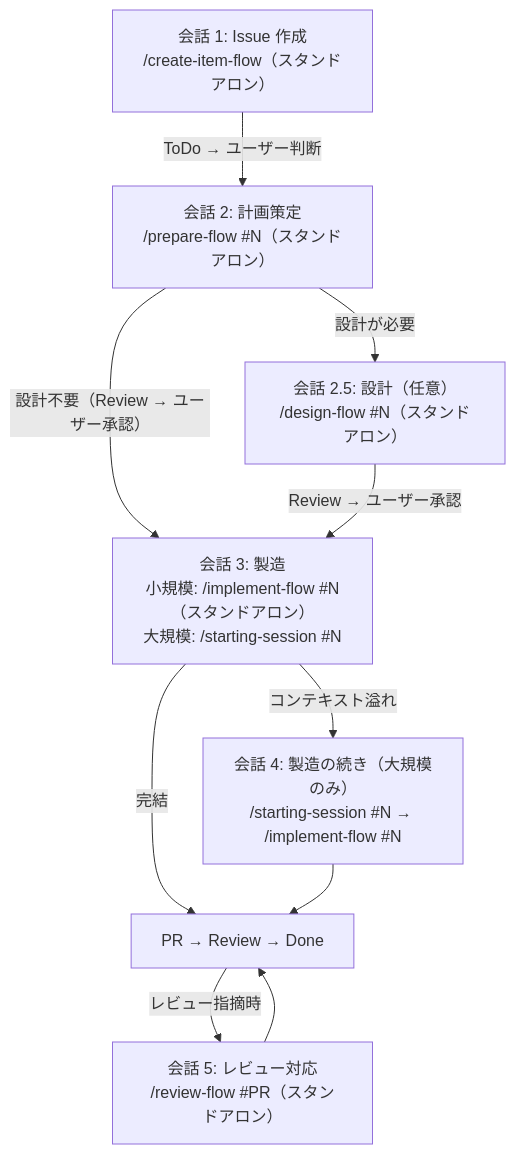
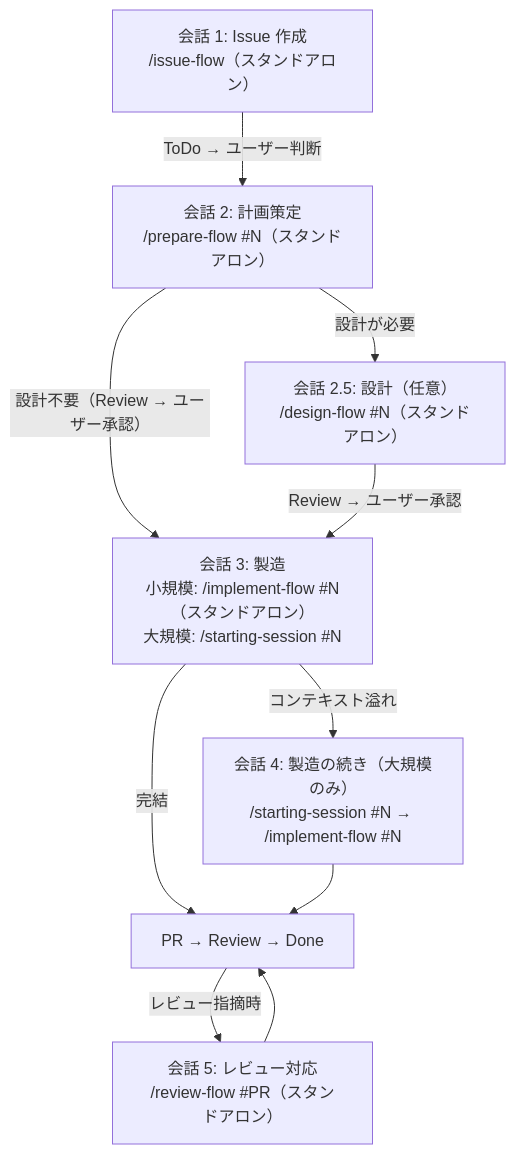
Before and after one commit to ShirokumaDevelopment/shirokuma-plugins: the first of 2 diagrams in shirokuma-skills-ja/skills/implement-flow/reference/workflow-details.md, drawn with Mermaid. The commit also changed other lines of this file and 64 other files, not shown here.

````diff
--- a/shirokuma-skills-ja/skills/implement-flow/reference/workflow-details.md
+++ b/shirokuma-skills-ja/skills/implement-flow/reference/workflow-details.md
@@ -9,18 +9,18 @@
 ```mermaid
 graph TD
-    C1["会話 1: Issue 作成<br/>/create-item-flow（スタンドアロン）"]
+    C1["会話 1: Issue 作成<br/>/issue-flow（スタンドアロン）"]
     C2["会話 2: 計画策定<br/>/prepare-flow #N（スタンドアロン）"]
     C2D["会話 2.5: 設計（任意）<br/>/design-flow #N（スタンドアロン）"]
     C3["会話 3: 製造<br/>小規模: /implement-flow #N（スタンドアロン）<br/>大規模: /starting-session #N"]
     C4["会話 4: 製造の続き（大規模のみ）<br/>/starting-session #N → /implement-flow #N"]
 
     C1 -->|"ToDo → ユーザー判断"| C2
     C2 -->|"設計が必要"| C2D
     C2 -->|"設計不要（Review → ユーザー承認）"| C3
     C2D -->|"Review → ユーザー承認"| C3
     C3 -->|"コンテキスト溢れ"| C4
     C3 -->|"完結"| Done["PR → Review → Done"]
     C4 --> Done
     Done -->|"レビュー指摘時"| C5["会話 5: レビュー対応<br/>/review-flow #PR（スタンドアロン）"]
     C5 --> Done
 ```
````
